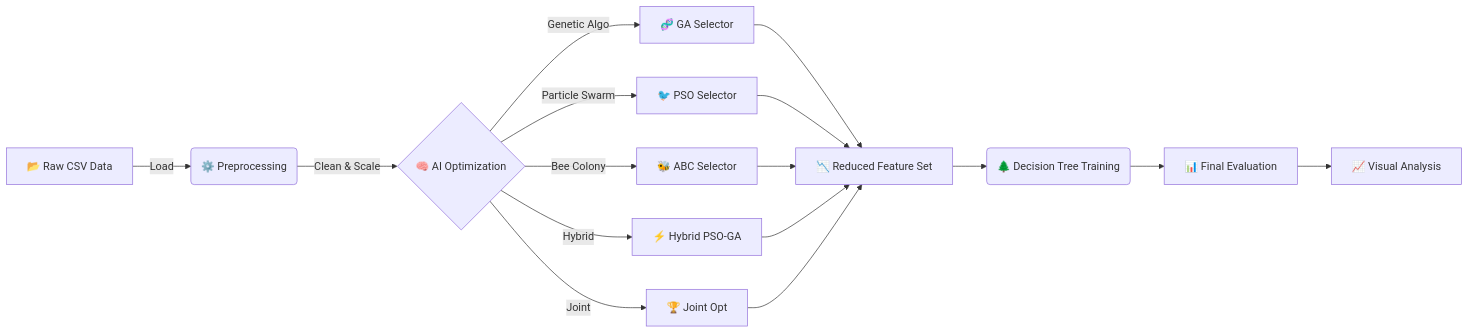
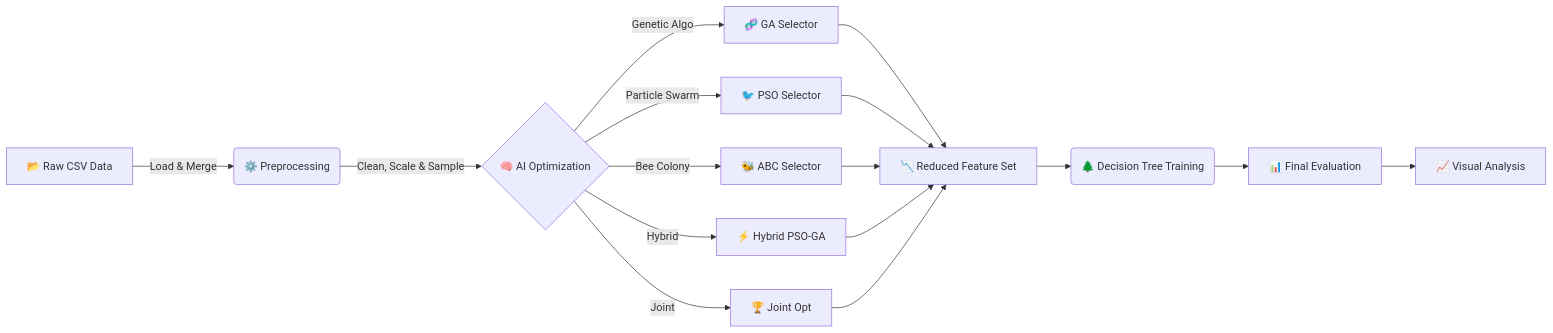
Before and after one commit to VanVan120/Intrusion-Detection-System: the first of 2 diagrams in README.md, drawn with Mermaid. The commit also changed other lines of this file and 22 other files, not shown here.

````diff
--- a/README.md
+++ b/README.md
@@ -26,15 +28,15 @@
 ```mermaid
 graph LR
-    A[📂 Raw CSV Data] -->|Load| B(⚙️ Preprocessing)
-    B -->|Clean & Scale| C{🧠 AI Optimization}
+    A[📂 Raw CSV Data] -->|Load & Merge| B(⚙️ Preprocessing)
+    B -->|Clean, Scale & Sample| C{🧠 AI Optimization}
     C -->|Genetic Algo| D[🧬 GA Selector]
     C -->|Particle Swarm| E[🐦 PSO Selector]
     C -->|Bee Colony| F[🐝 ABC Selector]
     C -->|Hybrid| G[⚡ Hybrid PSO-GA]
     C -->|Joint| H[🏆 Joint Opt]
     
     D & E & F & G & H --> I[📉 Reduced Feature Set]
     I --> J(🌲 Decision Tree Training)
     J --> K[📊 Final Evaluation]
     K --> L[📈 Visual Analysis]
 ```
````
